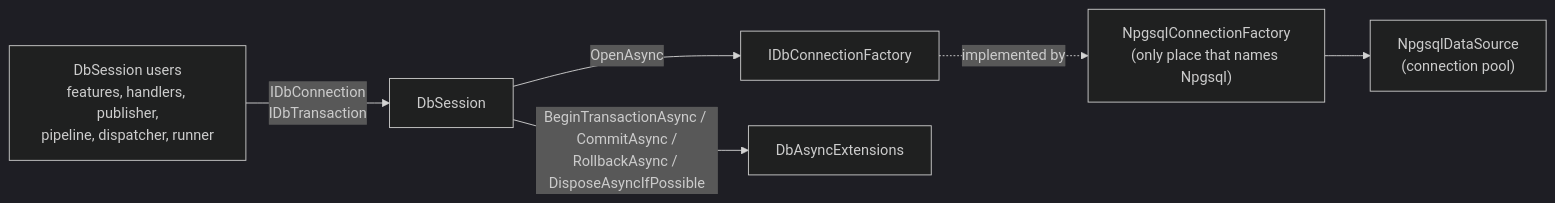
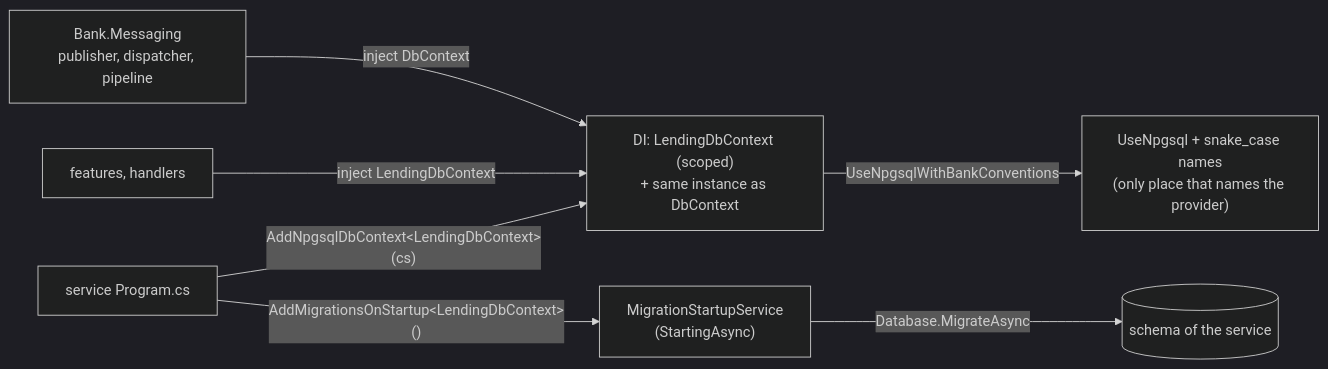
The third of 6 diagrams in docs/learning/stage-1/slice-1.2.md (majid-sharif-soleimani/banking_demo), drawn with Mermaid (dark theme) before and after one commit. The commit also changed other lines of this file and 62 other files, not shown here.

````diff
--- a/docs/learning/stage-1/slice-1.2.md
+++ b/docs/learning/stage-1/slice-1.2.md
@@ -145,8 +150,9 @@
 ```mermaid
 flowchart LR
-    U["DbSession users<br/>features, handlers, publisher,<br/>pipeline, dispatcher, runner"] -->|"IDbConnection<br/>IDbTransaction"| DS["DbSession"]
-    DS -->|"OpenAsync"| F["IDbConnectionFactory"]
-    F -.implemented by.-> NF["NpgsqlConnectionFactory<br/>(only place that names Npgsql)"]
-    NF --> SRC["NpgsqlDataSource<br/>(connection pool)"]
-    DS -->|"BeginTransactionAsync / CommitAsync /<br/>RollbackAsync / DisposeAsyncIfPossible"| X["DbAsyncExtensions"]
+    P["service Program.cs"] -->|"AddNpgsqlDbContext&lt;LendingDbContext&gt;(cs)"| R["DI: LendingDbContext (scoped)<br/>+ same instance as DbContext"]
+    R -->|"UseNpgsqlWithBankConventions"| N["UseNpgsql + snake_case names<br/>(only place that names the provider)"]
+    P -->|"AddMigrationsOnStartup&lt;LendingDbContext&gt;()"| MS["MigrationStartupService<br/>(StartingAsync)"]
+    MS -->|"Database.MigrateAsync"| DB[("schema of the service")]
+    F["features, handlers"] -->|"inject LendingDbContext"| R
+    MSG["Bank.Messaging<br/>publisher, dispatcher, pipeline"] -->|"inject DbContext"| R
 ```
````
